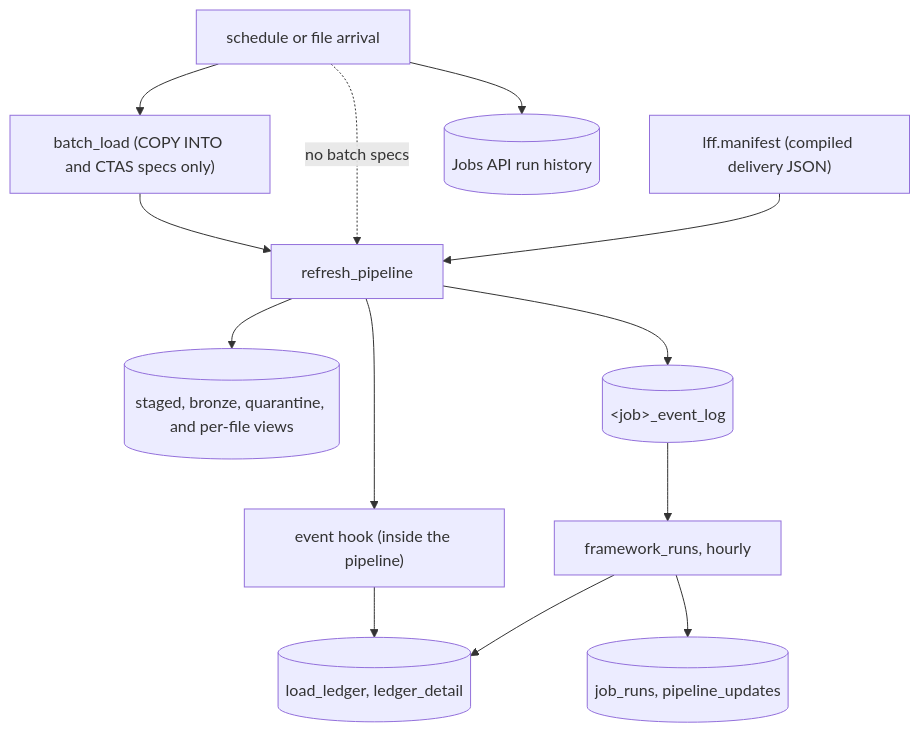
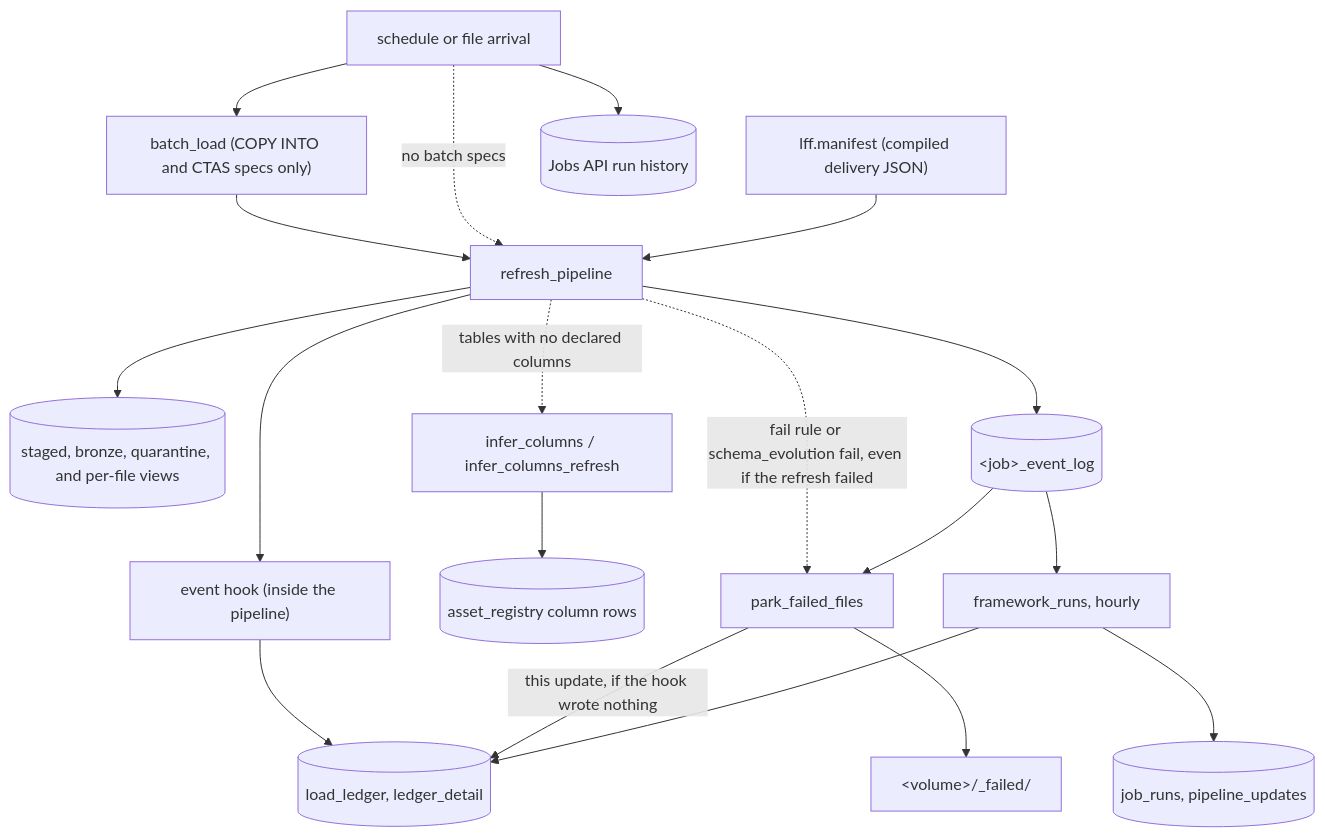
Before and after one commit to NitinKeshavB/framework: the second of 9 diagrams in framework_docs/ARCHITECTURE.md, drawn with Mermaid. The commit also changed other lines of this file and 17 other files, not shown here.

````diff
--- a/framework_docs/ARCHITECTURE.md
+++ b/framework_docs/ARCHITECTURE.md
@@ -78,15 +82,21 @@
 ```mermaid
 flowchart TD
   trigger[schedule or file arrival] --> batchLoad["batch_load (COPY INTO and CTAS specs only)"]
   batchLoad --> refresh[refresh_pipeline]
   trigger -. no batch specs .-> refresh
   specs["lff.manifest (compiled delivery JSON)"] --> refresh
   refresh --> tables[(staged, bronze, quarantine, and per-file views)]
   refresh --> eventLog[("&lt;job&gt;_event_log")]
   refresh --> hook["event hook (inside the pipeline)"]
   hook --> ledger[(load_ledger, ledger_detail)]
+  refresh -.->|"tables with no declared columns"| infer["infer_columns / infer_columns_refresh"]
+  infer --> registry[(asset_registry column rows)]
+  refresh -.->|"fail rule or schema_evolution fail, even if the refresh failed"| park[park_failed_files]
+  eventLog --> park
+  park -->|"this update, if the hook wrote nothing"| ledger
+  park --> failed["&lt;volume&gt;/_failed/"]
   eventLog --> catchUp["framework_runs, hourly"]
   catchUp --> ledger
   catchUp --> jobRuns[(job_runs, pipeline_updates)]
   trigger --> jobsApi[(Jobs API run history)]
 ```
````
